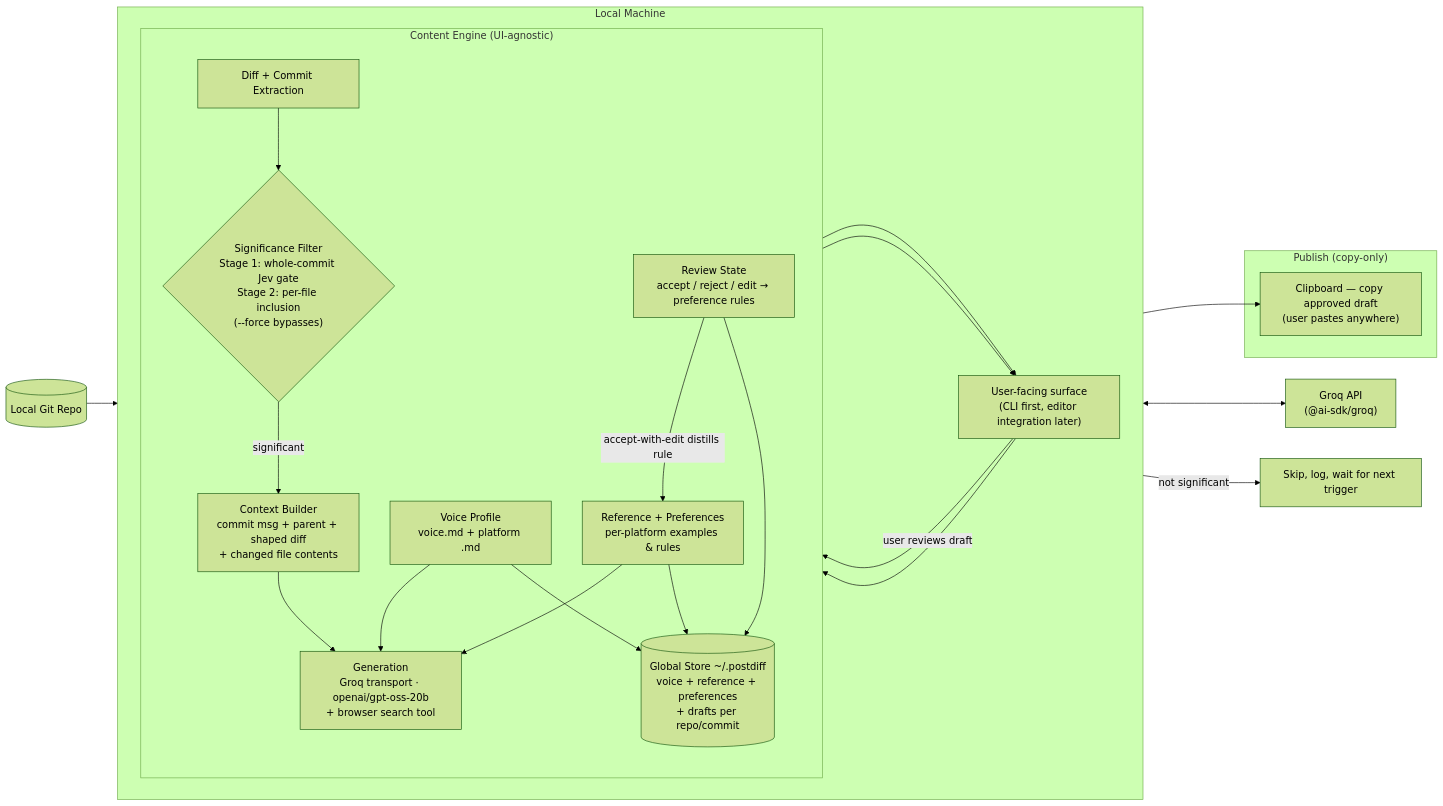
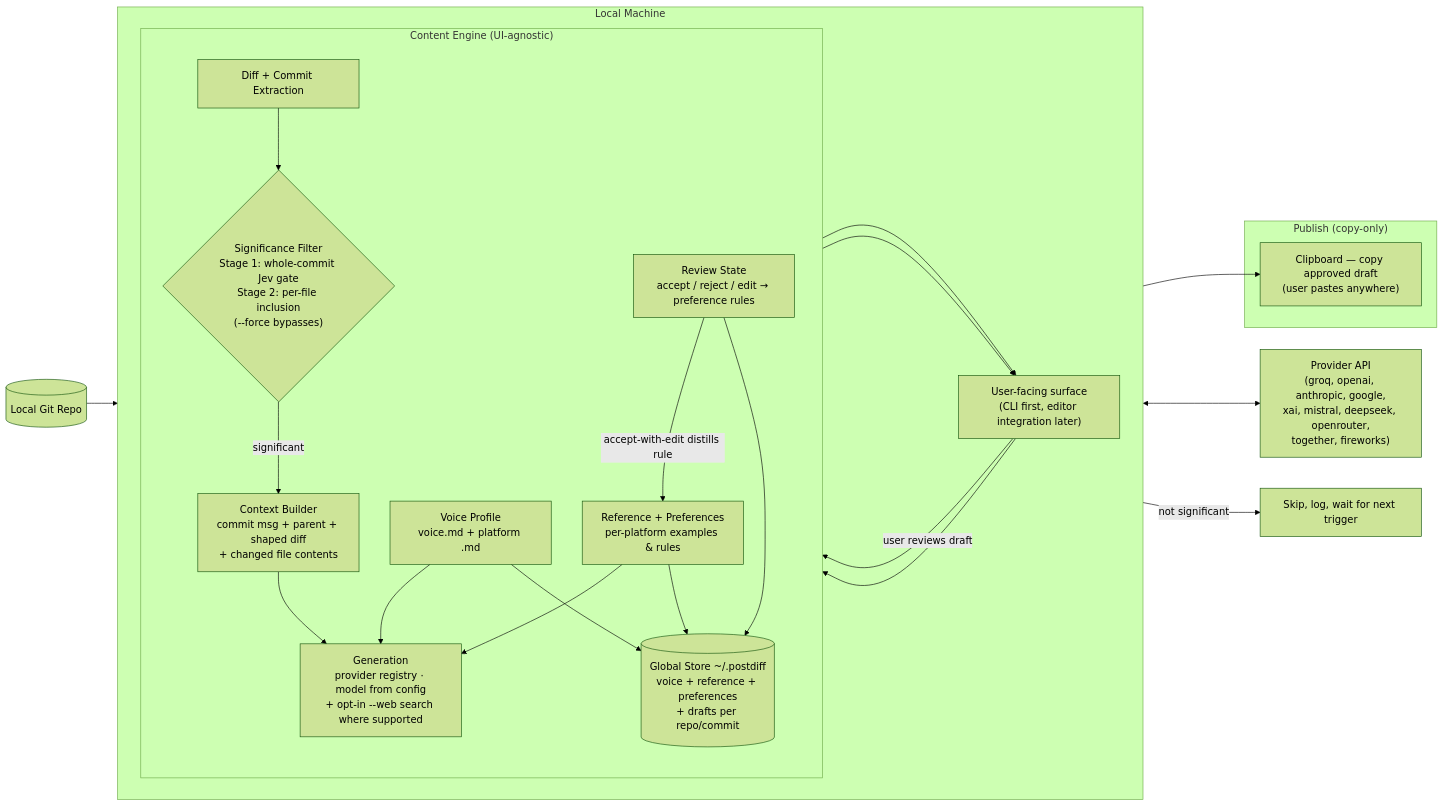
The diagram in README.md (ankitdey01/postdiff), drawn with Mermaid (forest theme) before and after one commit. The commit also changed other lines of this file and 29 other files, not shown here.

Commit message:
feat(core): expand LLM provider registry and refactor generation architecture

````diff
--- a/README.md
+++ b/README.md
@@ -17,48 +17,48 @@
 ```mermaid
 flowchart LR
     GITREPO[(Local Git Repo)]
 
     subgraph LOCAL["Local Machine"]
         direction LR
 
         CLIENTS["User-facing surface\n(CLI first, editor integration later)"]
 
         subgraph ENGINE["Content Engine (UI-agnostic)"]
             direction TB
             GITMOD["Diff + Commit Extraction"]
             FILTER{"Significance Filter\nStage 1: whole-commit Jev gate\nStage 2: per-file inclusion\n(--force bypasses)"}
             CTX["Context Builder\ncommit msg + parent + shaped diff\n+ changed file contents"]
-            GEN["Generation\nGroq transport · openai/gpt-oss-20b\n+ browser search tool"]
+            GEN["Generation\nprovider registry · model from config\n+ opt-in --web search where supported"]
             VOICE["Voice Profile\nvoice.md + platform .md"]
             REF["Reference + Preferences\nper-platform examples & rules"]
             REVIEW["Review State\naccept / reject / edit → preference rules"]
             STORE[("Global Store ~/.postdiff\nvoice + reference + preferences\n+ drafts per repo/commit")]
         end
     end
 
-    LLM["Groq API\n(@ai-sdk/groq)"]
+    LLM["Provider API\n(groq, openai, anthropic, google,\nxai, mistral, deepseek, openrouter,\ntogether, fireworks)"]
 
     subgraph PUBLISH["Publish (copy-only)"]
         COPY["Clipboard — copy approved draft\n(user pastes anywhere)"]
     end
 
     GITREPO --> GITMOD
     CLIENTS --> ENGINE
     ENGINE --> CLIENTS
     GITMOD --> FILTER
     FILTER -- "not significant" --> SKIP["Skip, log, wait for next trigger"]
     FILTER -- "significant" --> CTX
     CTX --> GEN
     VOICE --> GEN
     REF --> GEN
     GEN <--> LLM
     GEN --> CLIENTS
 
     CLIENTS -- "user reviews draft" --> REVIEW
     REVIEW -- "accept-with-edit distills rule" --> REF
     REVIEW --> STORE
     VOICE --> STORE
     REF --> STORE
 
     CLIENTS --> COPY
 ```
````
